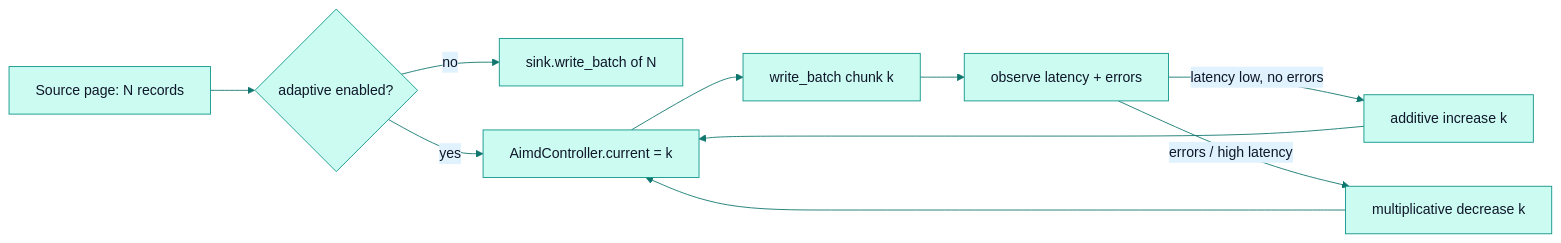
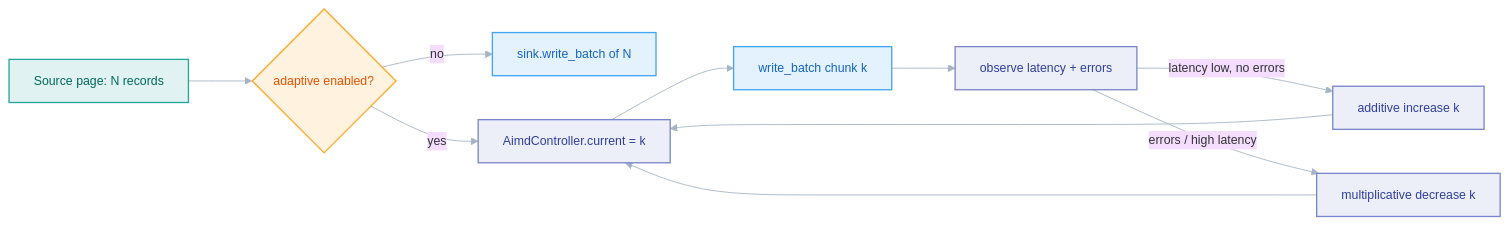
The diagram in docs/architecture/batching.md (PawanSikawat/faucet-stream), drawn with Mermaid before and after one commit. The commit also changed 28 other files, not shown here.

First line of the commit message:
docs: upgrade Mermaid diagrams to V2 role-coded style

````diff
--- a/docs/architecture/batching.md
+++ b/docs/architecture/batching.md
@@ -46,13 +46,21 @@
 ```mermaid
-%%{init: {'theme':'base','themeVariables':{'primaryColor':'#ccfbf1','primaryTextColor':'#0f172a','primaryBorderColor':'#0d9488','lineColor':'#0f766e','secondaryColor':'#e0f2fe','tertiaryColor':'#f0fdfa','fontFamily':'-apple-system,BlinkMacSystemFont,Segoe UI,sans-serif'}}}%%
+%%{init: {'theme':'base','flowchart':{'curve':'basis','nodeSpacing':50,'rankSpacing':72,'padding':14},'themeVariables':{'fontFamily':'-apple-system,BlinkMacSystemFont,Segoe UI,sans-serif','fontSize':'14px','lineColor':'#a5b4c4','clusterBkg':'#f8fafc','clusterBorder':'#e2e8f0'}}}%%
 flowchart LR
     S[Source page: N records] --> A{adaptive enabled?}
     A -->|no| W[sink.write_batch of N]
     A -->|yes| C[AimdController.current = k]
     C --> W1[write_batch chunk k]
     W1 --> O[observe latency + errors]
     O -->|latency low, no errors| UP[additive increase k]
     O -->|errors / high latency| DN[multiplicative decrease k]
     UP --> C
     DN --> C
+    classDef src fill:#e0f2f1,stroke:#26a69a,stroke-width:1.5px,color:#00695c
+    classDef proc fill:#eceff8,stroke:#7986cb,stroke-width:1.5px,color:#303f9f
+    classDef dec fill:#fff3e0,stroke:#ffa726,stroke-width:1.5px,color:#e65100
+    classDef sink fill:#e3f2fd,stroke:#42a5f5,stroke-width:1.5px,color:#1565c0
+    class S src
+    class C,UP,DN,O proc
+    class A dec
+    class W,W1 sink
 ```
````
